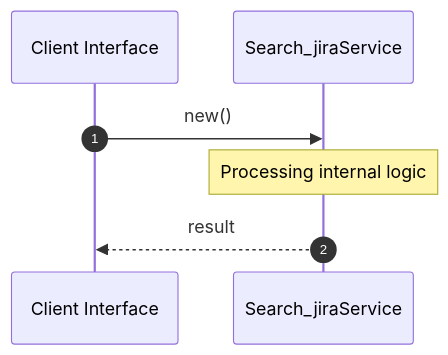
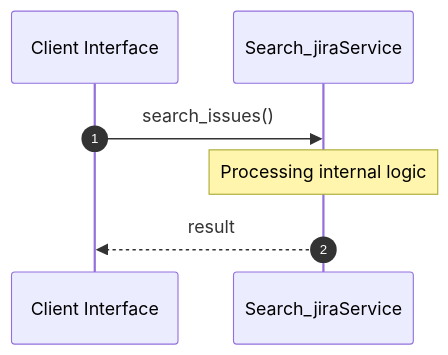
The second of 2 diagrams in openwiki/crates_factory-mcp-server_src_tools_search_jira_rs.md (lgcorzo/rust_CACD_autonomous_factory), drawn with Mermaid before and after one commit. The commit also changed other lines of this file and 78 other files, not shown here.

````diff
--- a/openwiki/crates_factory-mcp-server_src_tools_search_jira_rs.md
+++ b/openwiki/crates_factory-mcp-server_src_tools_search_jira_rs.md
@@ -129,10 +129,10 @@
 ```mermaid
 sequenceDiagram
     autonumber
     participant Caller as Client Interface
     participant Svc as Search_jiraService
-    Caller->>Svc: new()
+    Caller->>Svc: search_issues()
     Note over Svc: Processing internal logic
     Svc-->>Caller: result
 
 ```
````
